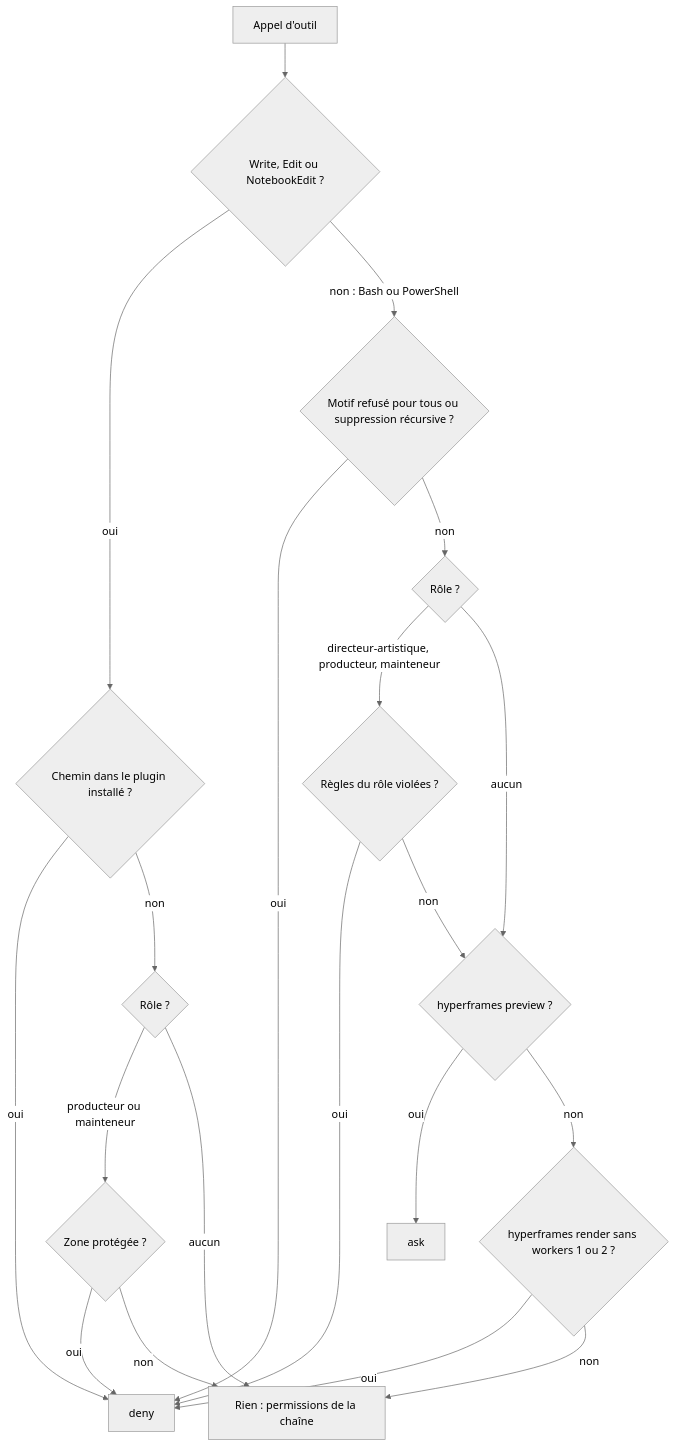
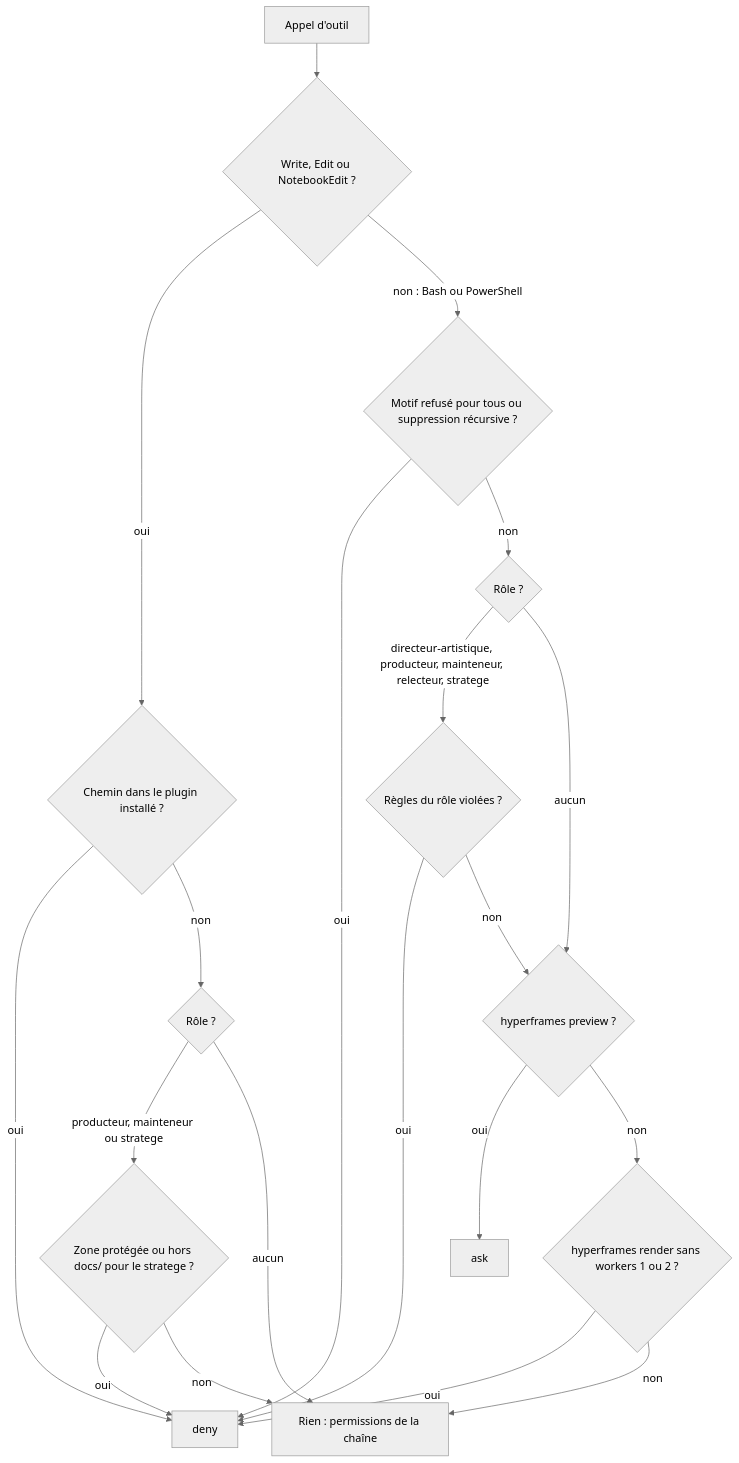
The second of 3 diagrams in docs/workflows/session-et-garde-fou.md (hichamsbihi/studio-faceless), drawn with Mermaid (neutral theme) before and after one commit. The commit also changed other lines of this file and 180 other files, not shown here.

````diff
--- a/docs/workflows/session-et-garde-fou.md
+++ b/docs/workflows/session-et-garde-fou.md
@@ -154,22 +157,22 @@
 ```mermaid
 flowchart TD
     A[Appel d'outil] --> B{Write, Edit ou NotebookEdit ?}
     B -->|oui| C{Chemin dans le plugin installé ?}
     C -->|oui| X[deny]
     C -->|non| D{Rôle ?}
-    D -->|producteur ou mainteneur| E{Zone protégée ?}
+    D -->|producteur, mainteneur ou stratege| E{Zone protégée ou hors docs/ pour le stratege ?}
     E -->|oui| X
     E -->|non| P[Rien : permissions de la chaîne]
     D -->|aucun| P
     B -->|non : Bash ou PowerShell| F{Motif refusé pour tous ou suppression récursive ?}
     F -->|oui| X
     F -->|non| G{Rôle ?}
-    G -->|directeur-artistique, producteur, mainteneur| H{Règles du rôle violées ?}
+    G -->|directeur-artistique, producteur, mainteneur, relecteur, stratege| H{Règles du rôle violées ?}
     H -->|oui| X
     H -->|non| I
     G -->|aucun| I{hyperframes preview ?}
     I -->|oui| Q[ask]
     I -->|non| J{hyperframes render sans workers 1 ou 2 ?}
     J -->|oui| X
     J -->|non| P
 ```
````
